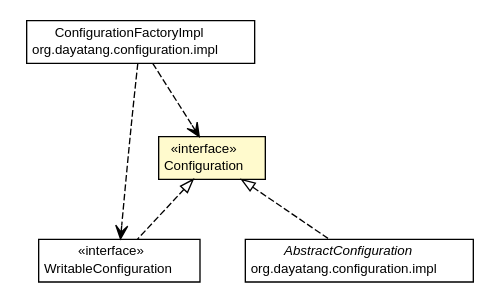
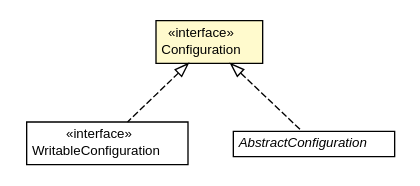
Before and after one commit to dayatang/dddlib: the diagram in dddlib-configuration/apidocs/org/dayatang/configuration/Configuration.dot, drawn with Graphviz. The commit also changed 195 other files, not shown here.

```diff
--- a/dddlib-configuration/apidocs/org/dayatang/configuration/Configuration.dot
+++ b/dddlib-configuration/apidocs/org/dayatang/configuration/Configuration.dot
@@ -1,48 +1,36 @@
 #!/usr/local/bin/dot
 #
 # Class diagram 
 # Generated by UMLGraph version R5_6_6-8-g8d7759 (http://www.umlgraph.org/)
 #
 
 digraph G {
 	edge [fontname="Helvetica",fontsize=10,labelfontname="Helvetica",labelfontsize=10];
 	node [fontname="Helvetica",fontsize=10,shape=plaintext];
 	nodesep=0.25;
 	ranksep=0.5;
 	// org.dayatang.configuration.WritableConfiguration
-	c65 [label=<<table title="org.dayatang.configuration.WritableConfiguration" border="0" cellborder="1" cellspacing="0" cellpadding="2" port="p" href="./WritableConfiguration.html">
+	c53 [label=<<table title="org.dayatang.configuration.WritableConfiguration" border="0" cellborder="1" cellspacing="0" cellpadding="2" port="p" href="./WritableConfiguration.html">
 		<tr><td><table border="0" cellspacing="0" cellpadding="1">
 <tr><td align="center" balign="center"> &#171;interface&#187; </td></tr>
 <tr><td align="center" balign="center"> WritableConfiguration </td></tr>
 		</table></td></tr>
 		</table>>, URL="./WritableConfiguration.html", fontname="Helvetica", fontcolor="black", fontsize=10.0];
 	// org.dayatang.configuration.Configuration
-	c68 [label=<<table title="org.dayatang.configuration.Configuration" border="0" cellborder="1" cellspacing="0" cellpadding="2" port="p" bgcolor="lemonChiffon" href="./Configuration.html">
+	c56 [label=<<table title="org.dayatang.configuration.Configuration" border="0" cellborder="1" cellspacing="0" cellpadding="2" port="p" bgcolor="lemonChiffon" href="./Configuration.html">
 		<tr><td><table border="0" cellspacing="0" cellpadding="1">
 <tr><td align="center" balign="center"> &#171;interface&#187; </td></tr>
 <tr><td align="center" balign="center"> Configuration </td></tr>
 		</table></td></tr>
 		</table>>, URL="./Configuration.html", fontname="Helvetica", fontcolor="black", fontsize=10.0];
-	// org.dayatang.configuration.impl.ConfigurationFactoryImpl
-	c74 [label=<<table title="org.dayatang.configuration.impl.ConfigurationFactoryImpl" border="0" cellborder="1" cellspacing="0" cellpadding="2" port="p" href="./impl/ConfigurationFactoryImpl.html">
-		<tr><td><table border="0" cellspacing="0" cellpadding="1">
-<tr><td align="center" balign="center"> ConfigurationFactoryImpl </td></tr>
-<tr><td align="center" balign="center"> org.dayatang.configuration.impl </td></tr>
-		</table></td></tr>
-		</table>>, URL="./impl/ConfigurationFactoryImpl.html", fontname="Helvetica", fontcolor="black", fontsize=10.0];
 	// org.dayatang.configuration.impl.AbstractConfiguration
-	c77 [label=<<table title="org.dayatang.configuration.impl.AbstractConfiguration" border="0" cellborder="1" cellspacing="0" cellpadding="2" port="p" href="./impl/AbstractConfiguration.html">
+	c65 [label=<<table title="org.dayatang.configuration.impl.AbstractConfiguration" border="0" cellborder="1" cellspacing="0" cellpadding="2" port="p" href="./impl/AbstractConfiguration.html">
 		<tr><td><table border="0" cellspacing="0" cellpadding="1">
 <tr><td align="center" balign="center"><font face="Helvetica-Oblique"> AbstractConfiguration </font></td></tr>
-<tr><td align="center" balign="center"> org.dayatang.configuration.impl </td></tr>
 		</table></td></tr>
 		</table>>, URL="./impl/AbstractConfiguration.html", fontname="Helvetica", fontcolor="black", fontsize=10.0];
 	//org.dayatang.configuration.WritableConfiguration implements org.dayatang.configuration.Configuration
-	c68:p -> c65:p [dir=back,arrowtail=empty,style=dashed];
+	c56:p -> c53:p [dir=back,arrowtail=empty,style=dashed];
 	//org.dayatang.configuration.impl.AbstractConfiguration implements org.dayatang.configuration.Configuration
-	c68:p -> c77:p [dir=back,arrowtail=empty,style=dashed];
-	// org.dayatang.configuration.impl.ConfigurationFactoryImpl DEPEND org.dayatang.configuration.Configuration
-	c74:p -> c68:p [taillabel="", label=" "headlabel="", fontname="Helvetica", fontcolor="black", fontsize=10.0, color="black", arrowhead=open, style=dashed];
-	// org.dayatang.configuration.impl.ConfigurationFactoryImpl DEPEND org.dayatang.configuration.WritableConfiguration
-	c74:p -> c65:p [taillabel="", label=" "headlabel="", fontname="Helvetica", fontcolor="black", fontsize=10.0, color="black", arrowhead=open, style=dashed];
+	c56:p -> c65:p [dir=back,arrowtail=empty,style=dashed];
 }
```
